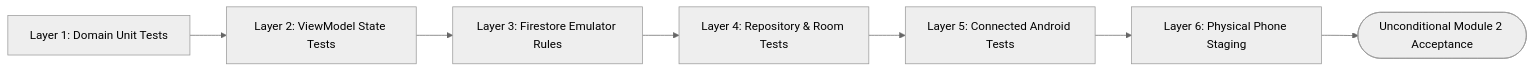
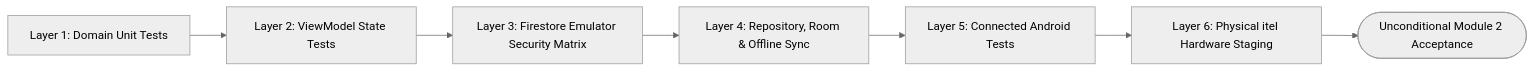
The diagram in docs/MODULE_2_RESIDENT_REQUEST_ACCEPTANCE_CHECKLIST.md (collinobeid/wastelink), drawn with Mermaid (neutral theme) before and after one commit. The commit also changed other lines of this file and 1 other file, not shown here.

Commit message:
docs(module2): harden architecture and acceptance checklist per Lead Technical Director review

````diff
--- a/docs/MODULE_2_RESIDENT_REQUEST_ACCEPTANCE_CHECKLIST.md
+++ b/docs/MODULE_2_RESIDENT_REQUEST_ACCEPTANCE_CHECKLIST.md
@@ -17,9 +17,9 @@
 ```mermaid
 flowchart LR
     L1[Layer 1: Domain Unit Tests] --> L2[Layer 2: ViewModel State Tests]
-    L2 --> L3[Layer 3: Firestore Emulator Rules]
-    L3 --> L4[Layer 4: Repository & Room Tests]
+    L2 --> L3[Layer 3: Firestore Emulator Security Matrix]
+    L3 --> L4[Layer 4: Repository, Room & Offline Sync]
     L4 --> L5[Layer 5: Connected Android Tests]
-    L5 --> L6[Layer 6: Physical Phone Staging]
+    L5 --> L6[Layer 6: Physical itel Hardware Staging]
     L6 --> SignOff([Unconditional Module 2 Acceptance])
 ```
````
